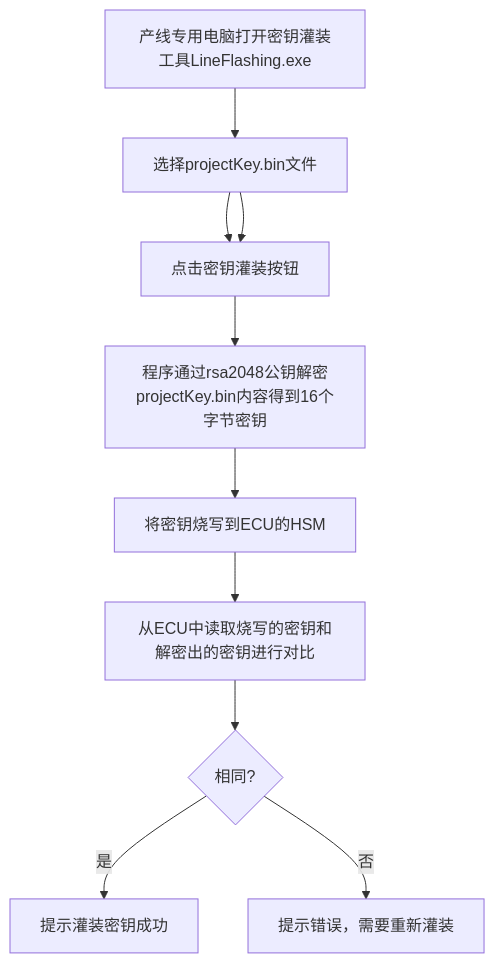
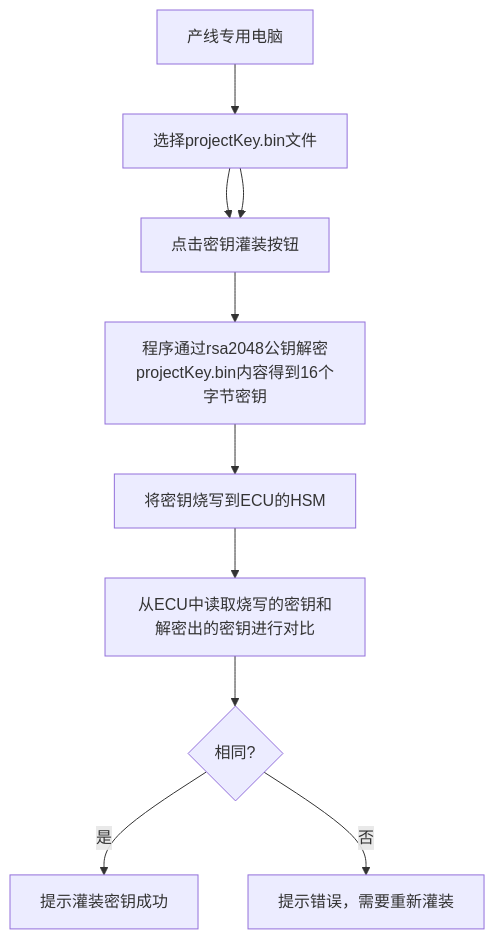
The diagram in all/未命名-5.md (facebook-cloud/iodraw-files), drawn with Mermaid before and after one commit.

Commit message:
2026-01-05 17:39:07 update

````diff
--- a/all/未命名-5.md
+++ b/all/未命名-5.md
@@ -1,13 +1,13 @@
 ```mermaid
 graph TD
-    A[产线专用电脑打开密钥灌装工具LineFlashing.exe] --> B[选择projectKey.bin文件]
+    A[产线专用电脑] --> B[选择projectKey.bin文件]
     B --> C[选择projectKey.bin文件]
     B --> C[点击密钥灌装按钮]
     C --> E[程序通过rsa2048公钥解密projectKey.bin内容得到16个字节密钥]
     E --> F[将密钥烧写到ECU的HSM]
     F --> G[从ECU中读取烧写的密钥和解密出的密钥进行对比]
     G --> J{相同?}
     J -- 是 --> K[提示灌装密钥成功]
     J -- 否 --> L[提示错误，需要重新灌装]
 
 ```
````
